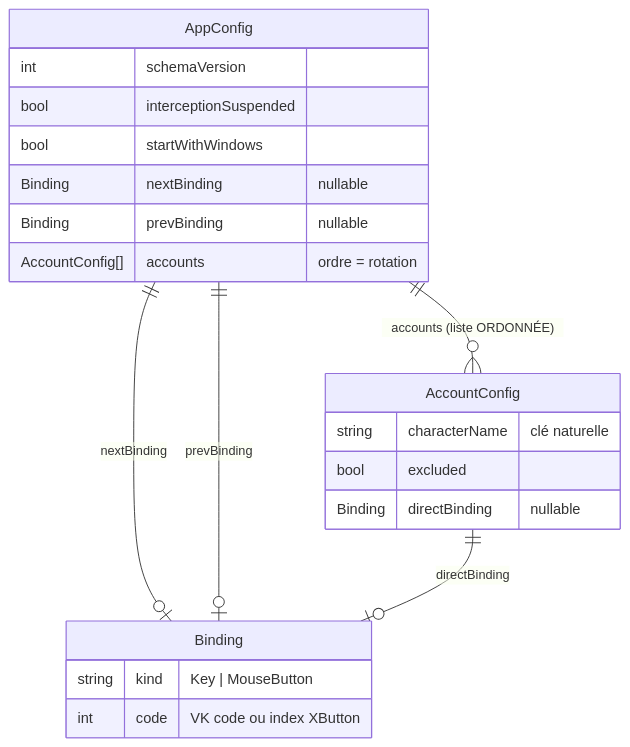
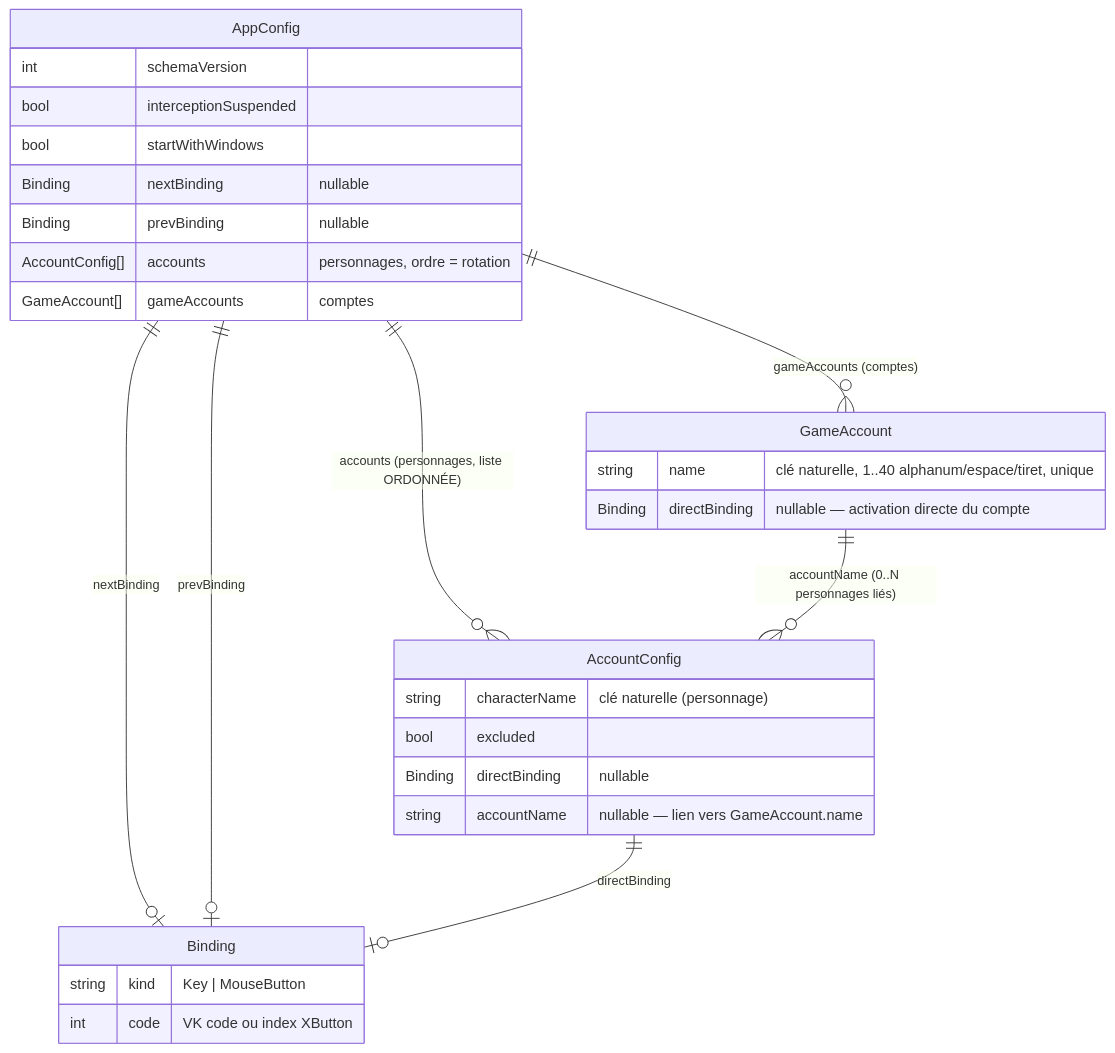
One commit to seumeurhitmachine/dofusOptimizer changed the diagram in docs/data-model.md. Above: the diagram before and after it, drawn with Mermaid. The commit also changed other lines of this file and 31 other files, not shown here.

First line of the commit message:
feat: Axe 8 - Comptes ↔ Personnages (modèle, CRUD, onglet 3 zones)

````diff
--- a/docs/data-model.md
+++ b/docs/data-model.md
@@ -20,25 +24,33 @@
 ```mermaid
 erDiagram
-    AppConfig ||--o{ AccountConfig : "accounts (liste ORDONNÉE)"
+    AppConfig ||--o{ AccountConfig : "accounts (personnages, liste ORDONNÉE)"
+    AppConfig ||--o{ GameAccount : "gameAccounts (comptes)"
     AppConfig ||--o| Binding : "nextBinding"
     AppConfig ||--o| Binding : "prevBinding"
     AccountConfig ||--o| Binding : "directBinding"
+    GameAccount ||--o{ AccountConfig : "accountName (0..N personnages liés)"
 
     AppConfig {
         int    schemaVersion
         bool   interceptionSuspended
         bool   startWithWindows
         Binding nextBinding "nullable"
         Binding prevBinding "nullable"
-        AccountConfig[] accounts "ordre = rotation"
+        AccountConfig[] accounts "personnages, ordre = rotation"
+        GameAccount[]   gameAccounts "comptes"
     }
     AccountConfig {
-        string  characterName "clé naturelle"
+        string  characterName "clé naturelle (personnage)"
         bool    excluded
         Binding directBinding "nullable"
+        string  accountName "nullable — lien vers GameAccount.name"
+    }
+    GameAccount {
+        string name "clé naturelle, 1..40 alphanum/espace/tiret, unique"
+        Binding directBinding "nullable — activation directe du compte"
     }
     Binding {
         string kind "Key | MouseButton"
         int    code "VK code ou index XButton"
     }
 ```
````
